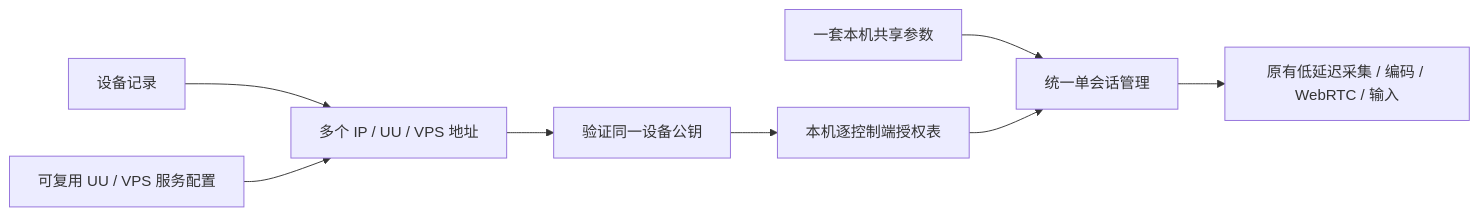
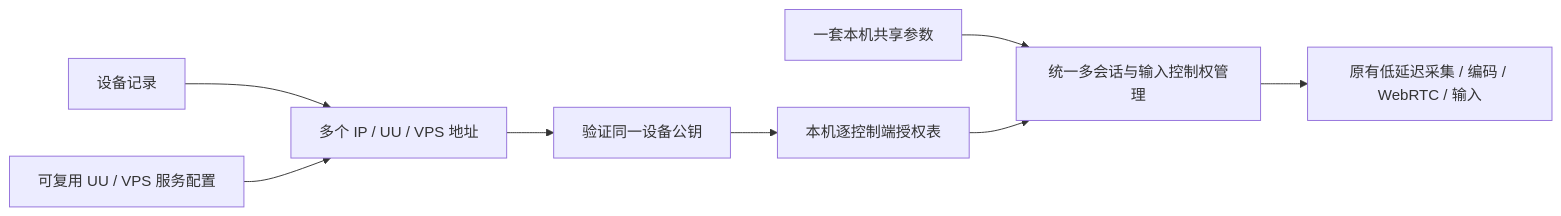
One commit to TheRainstorm/eclipse changed the first of 2 diagrams in docs/device-connection-and-trust.md. Above: the diagram before and after it, drawn with Mermaid. The commit also changed other lines of this file and 8 other files, not shown here.

````diff
--- a/docs/device-connection-and-trust.md
+++ b/docs/device-connection-and-trust.md
@@ -17,10 +19,10 @@
 ```mermaid
 flowchart LR
     Devices[设备记录] --> Routes[多个 IP / UU / VPS 地址]
     Routes --> Identity[验证同一设备公钥]
     Identity --> Grants[本机逐控制端授权表]
-    Share[一套本机共享参数] --> Session[统一单会话管理]
+    Share[一套本机共享参数] --> Session[统一多会话与输入控制权管理]
     Grants --> Session
     Session --> Media[原有低延迟采集 / 编码 / WebRTC / 输入]
     Services[可复用 UU / VPS 服务配置] --> Routes
 ```
````
